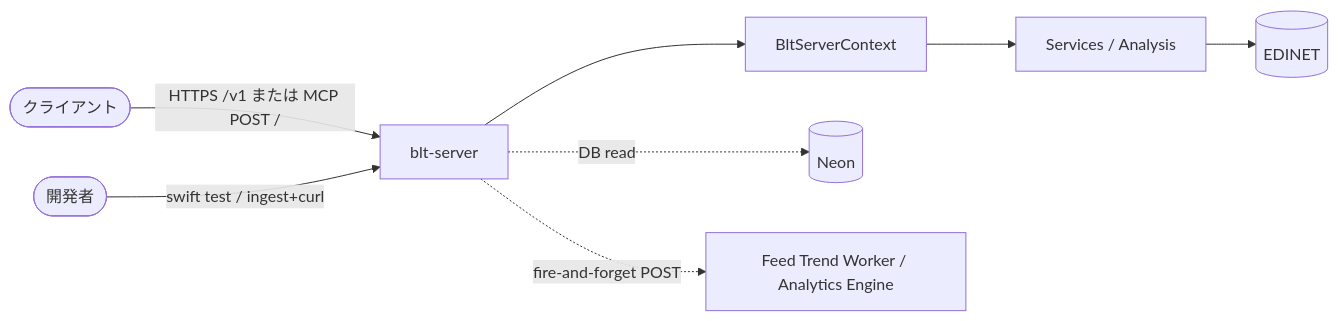
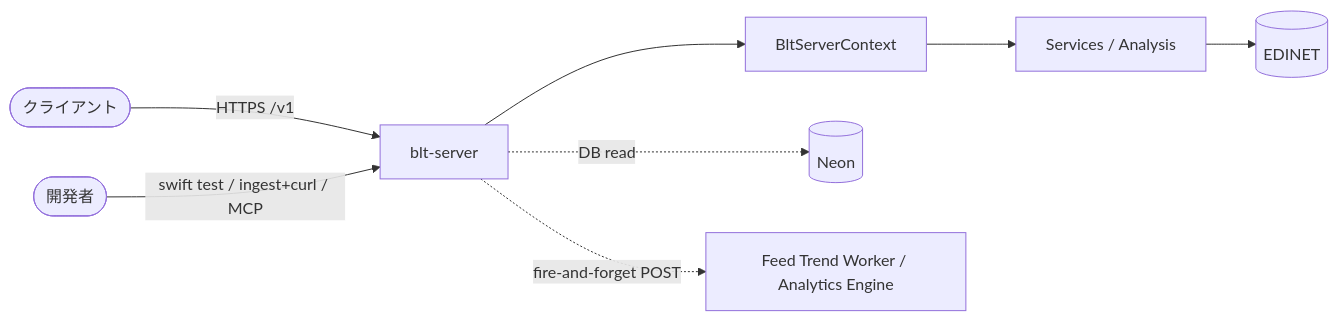
The second of 2 diagrams in docs/architecture.md (sollahiro/blue-ticker), drawn with Mermaid before and after one commit. The commit also changed other lines of this file and 20 other files, not shown here.

````diff
--- a/docs/architecture.md
+++ b/docs/architecture.md
@@ -80,10 +111,10 @@
 ```mermaid
 flowchart LR
-    user(["クライアント"]) -->|"HTTPS /v1 または MCP POST /"| server["blt-server"]
-    dev(["開発者"]) -->|"swift test / ingest+curl"| server
+    user(["クライアント"]) -->|"HTTPS /v1"| server["blt-server"]
+    dev(["開発者"]) -->|"swift test / ingest+curl / MCP"| server
     server --> facade["BltServerContext"]
     facade --> svc["Services / Analysis"]
     svc --> edinet[("EDINET")]
     server -.->|DB read| pg[("Neon")]
     server -.->|"fire-and-forget POST"| trend["Feed Trend Worker / Analytics Engine"]
 ```
````
